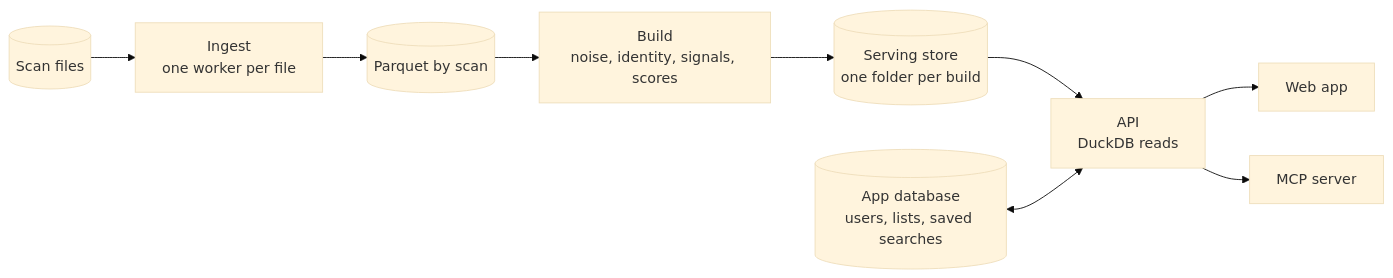
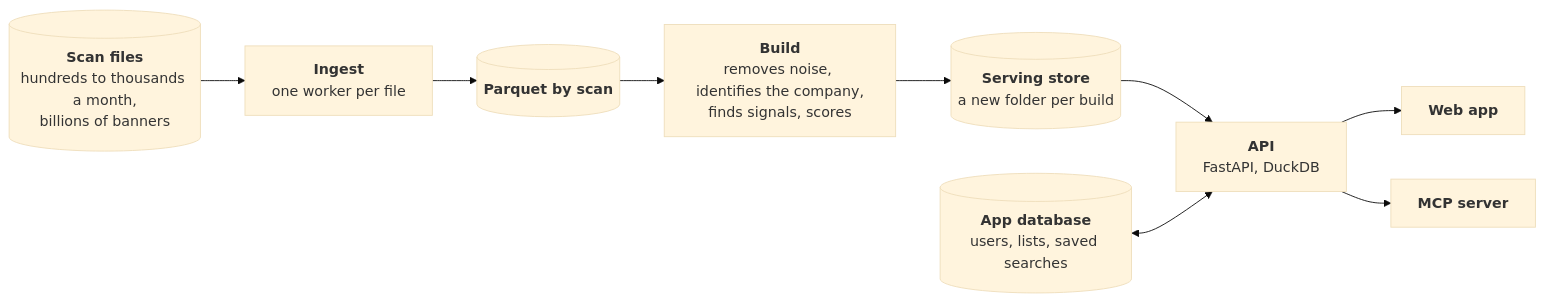
The first of 6 diagrams in docs/architecture.md (SahilChoudhary22/recon-sales-intelligence), drawn with Mermaid (base theme) before and after one commit. The commit also changed other lines of this file and 11 other files, not shown here.

First line of the commit message:
README: walkthrough video and screen gallery; diagrams name each step and show production volume

````diff
--- a/docs/architecture.md
+++ b/docs/architecture.md
@@ -17,11 +17,11 @@
 ```mermaid
 flowchart LR
-  files[("Scan files")] --> ingest["Ingest<br/>one worker per file"]
-  ingest --> lake[("Parquet by scan")]
-  lake --> build["Build<br/>noise, identity, signals, scores"]
-  build --> store[("Serving store<br/>one folder per build")]
-  store --> api["API<br/>DuckDB reads"]
-  appdb[("App database<br/>users, lists, saved searches")] <--> api
-  api --> app["Web app"]
-  api --> mcp["MCP server"]
+  files[("<b>Scan files</b><br/>hundreds to thousands a month,<br/>billions of banners")] --> ingest["<b>Ingest</b><br/>one worker per file"]
+  ingest --> lake[("<b>Parquet by scan</b>")]
+  lake --> build["<b>Build</b><br/>removes noise, identifies the company,<br/>finds signals, scores"]
+  build --> store[("<b>Serving store</b><br/>a new folder per build")]
+  store --> api["<b>API</b><br/>FastAPI, DuckDB"]
+  appdb[("<b>App database</b><br/>users, lists, saved searches")] <--> api
+  api --> app["<b>Web app</b>"]
+  api --> mcp["<b>MCP server</b>"]
 ```
````
